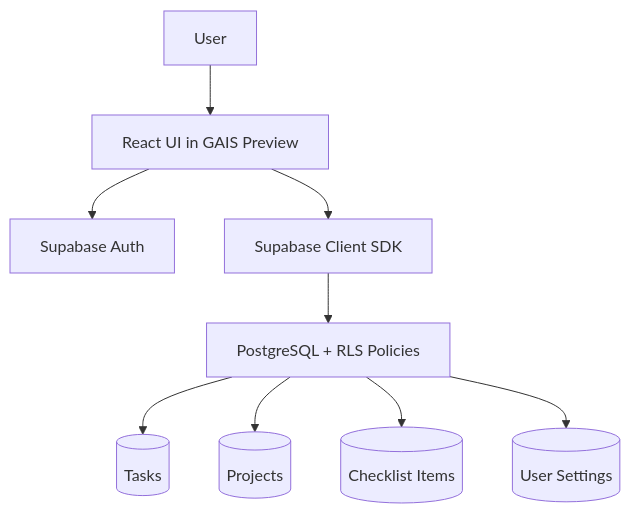
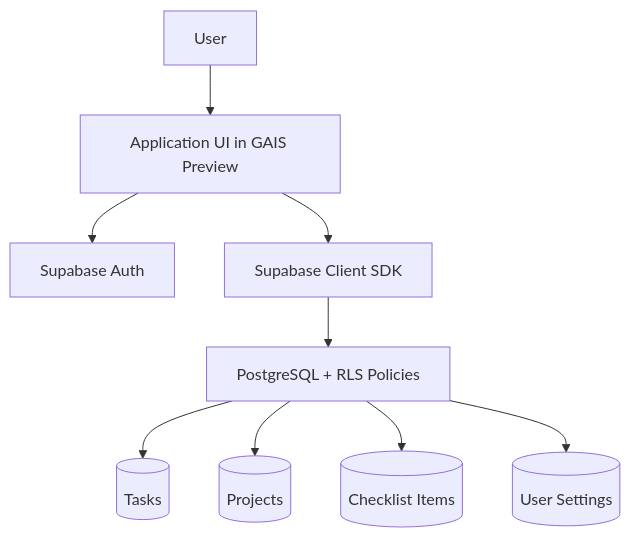
Before and after one commit to donghp/beyond-vibe-coding: the second of 3 diagrams in projects/task-management/design/architecture/v0.1/BVC_TASK_MANAGEMENT_APPLICATION_ARCHITECTURE_V0.1.md, drawn with Mermaid. The commit also changed other lines of this file, not shown here.

First line of the commit message:
docs(phase3.2): make application architecture provider-neutral

````diff
--- a/projects/task-management/design/architecture/v0.1/BVC_TASK_MANAGEMENT_APPLICATION_ARCHITECTURE_V0.1.md
+++ b/projects/task-management/design/architecture/v0.1/BVC_TASK_MANAGEMENT_APPLICATION_ARCHITECTURE_V0.1.md
@@ -89,11 +106,11 @@
 ```mermaid
 flowchart TD
-    U[User] --> UI[React UI in GAIS Preview]
+    U[User] --> UI[Application UI in GAIS Preview]
     UI --> AUTH[Supabase Auth]
     UI --> SDK[Supabase Client SDK]
     SDK --> RLS[PostgreSQL + RLS Policies]
     RLS --> T[(Tasks)]
     RLS --> P[(Projects)]
     RLS --> C[(Checklist Items)]
     RLS --> S[(User Settings)]
 ```
````
